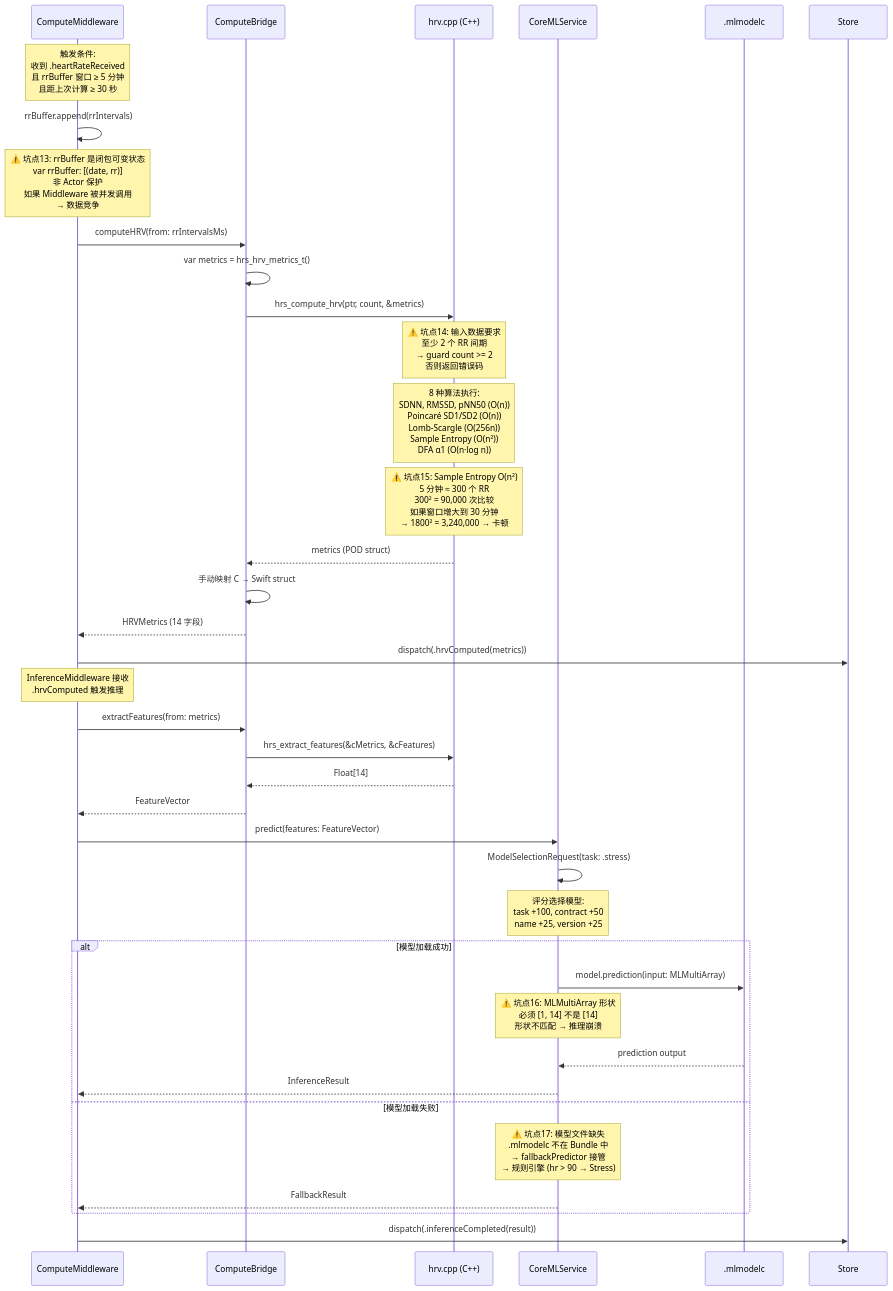
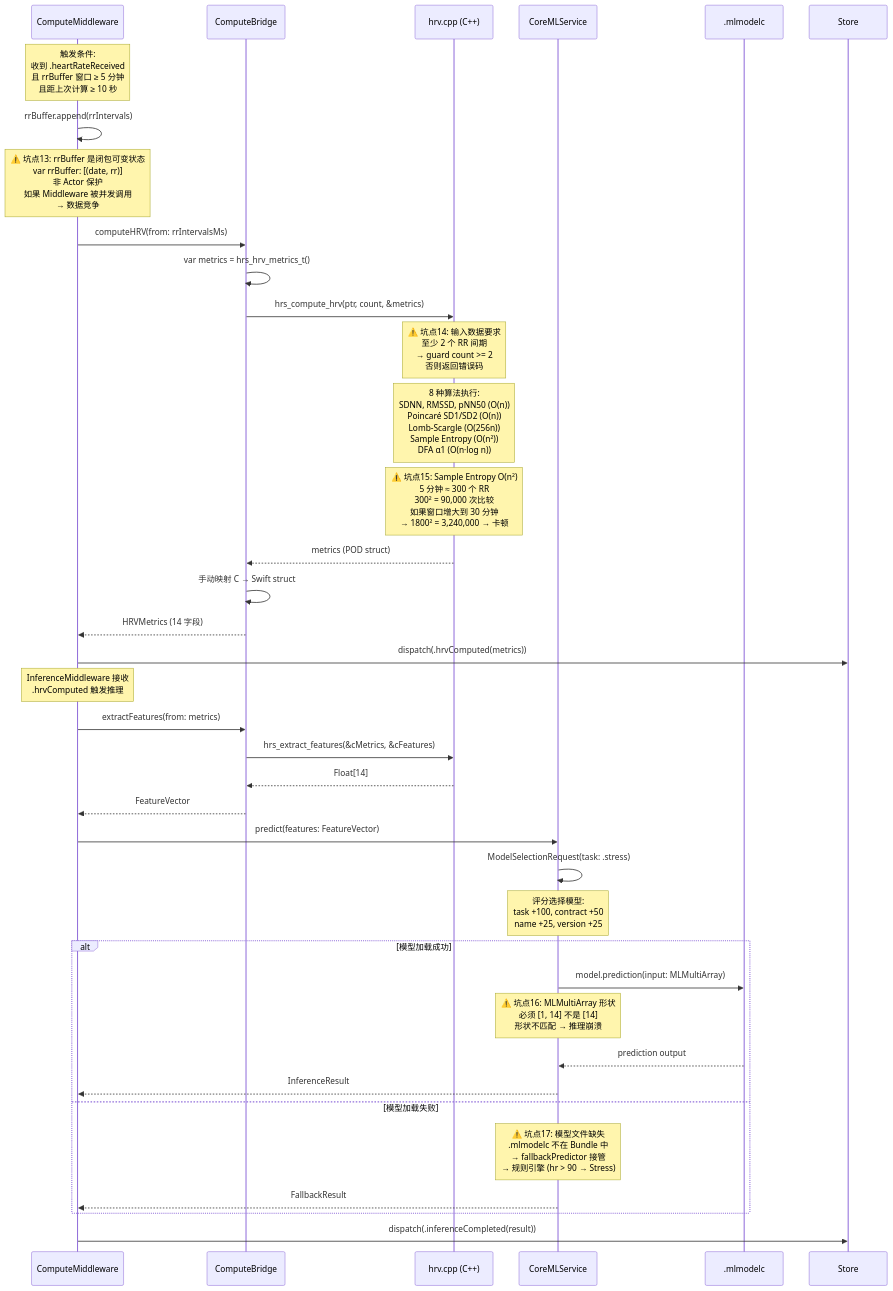
One commit to tangzzz-fan/HRSense changed the fourth of 7 diagrams in docs/technical-walkthrough/22-key-flow-diagrams.md. Above: the diagram before and after it, drawn with Mermaid. The commit also changed 20 other files, not shown here.

````diff
--- a/docs/technical-walkthrough/22-key-flow-diagrams.md
+++ b/docs/technical-walkthrough/22-key-flow-diagrams.md
@@ -197,54 +197,54 @@
 ```mermaid
 sequenceDiagram
     participant MW as ComputeMiddleware
     participant Bridge as ComputeBridge
     participant Cxx as hrv.cpp (C++)
     participant ML as CoreMLService
     participant Model as .mlmodelc
     participant Redux as Store
 
-    Note over MW: 触发条件:<br/>收到 .heartRateReceived<br/>且 rrBuffer 窗口 ≥ 5 分钟<br/>且距上次计算 ≥ 30 秒
+    Note over MW: 触发条件:<br/>收到 .heartRateReceived<br/>且 rrBuffer 窗口 ≥ 5 分钟<br/>且距上次计算 ≥ 10 秒
 
     MW->>MW: rrBuffer.append(rrIntervals)
 
     Note over MW: ⚠️ 坑点13: rrBuffer 是闭包可变状态<br/>var rrBuffer: [(date, rr)]<br/>非 Actor 保护<br/>如果 Middleware 被并发调用<br/>→ 数据竞争
 
     MW->>Bridge: computeHRV(from: rrIntervalsMs)
     Bridge->>Bridge: var metrics = hrs_hrv_metrics_t()
     Bridge->>Cxx: hrs_compute_hrv(ptr, count, &metrics)
 
     Note over Cxx: ⚠️ 坑点14: 输入数据要求<br/>至少 2 个 RR 间期<br/>→ guard count >= 2<br/>否则返回错误码
 
     Note over Cxx: 8 种算法执行:<br/>SDNN, RMSSD, pNN50 (O(n))<br/>Poincaré SD1/SD2 (O(n))<br/>Lomb-Scargle (O(256n))<br/>Sample Entropy (O(n²))<br/>DFA α1 (O(n·log n))
 
     Note over Cxx: ⚠️ 坑点15: Sample Entropy O(n²)<br/>5 分钟 ≈ 300 个 RR<br/>300² = 90,000 次比较<br/>如果窗口增大到 30 分钟<br/>→ 1800² = 3,240,000 → 卡顿
 
     Cxx-->>Bridge: metrics (POD struct)
     Bridge->>Bridge: 手动映射 C → Swift struct
     Bridge-->>MW: HRVMetrics (14 字段)
 
     MW->>Redux: dispatch(.hrvComputed(metrics))
 
     Note over MW: InferenceMiddleware 接收<br/>.hrvComputed 触发推理
 
     MW->>Bridge: extractFeatures(from: metrics)
     Bridge->>Cxx: hrs_extract_features(&cMetrics, &cFeatures)
     Cxx-->>Bridge: Float[14]
     Bridge-->>MW: FeatureVector
 
     MW->>ML: predict(features: FeatureVector)
     ML->>ML: ModelSelectionRequest(task: .stress)
     Note over ML: 评分选择模型:<br/>task +100, contract +50<br/>name +25, version +25
 
     alt 模型加载成功
         ML->>Model: model.prediction(input: MLMultiArray)
         Note over ML: ⚠️ 坑点16: MLMultiArray 形状<br/>必须 [1, 14] 不是 [14]<br/>形状不匹配 → 推理崩溃
         Model-->>ML: prediction output
         ML-->>MW: InferenceResult
     else 模型加载失败
         Note over ML: ⚠️ 坑点17: 模型文件缺失<br/>.mlmodelc 不在 Bundle 中<br/>→ fallbackPredictor 接管<br/>→ 规则引擎 (hr > 90 → Stress)
         ML-->>MW: FallbackResult
     end
 
     MW->>Redux: dispatch(.inferenceCompleted(result))
 ```
````
